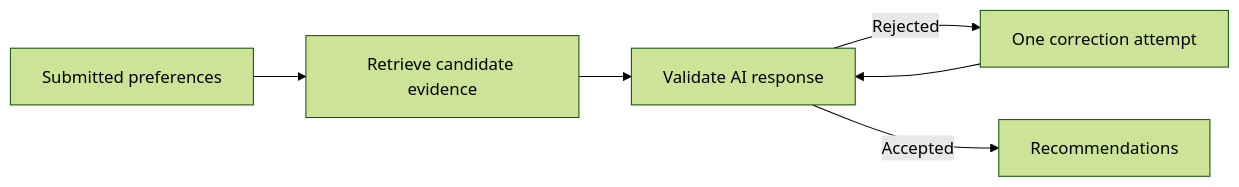
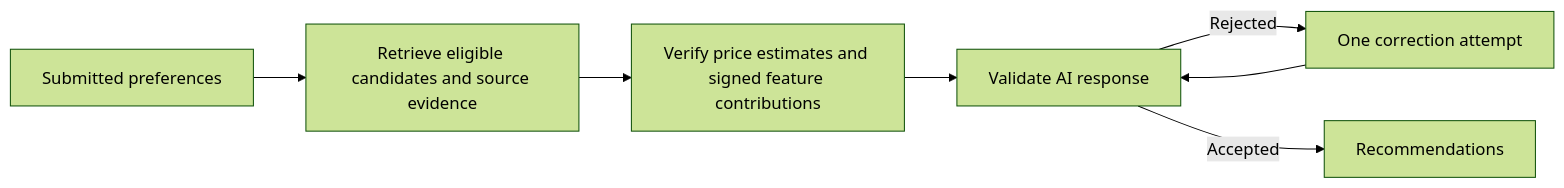
Before and after one commit to danielrdgez/DataScience_Capstone_Cars: the tenth of 10 diagrams in README.md, drawn with Mermaid (forest theme). The commit also changed other lines of this file and 19 other files, not shown here.

````diff
--- a/README.md
+++ b/README.md
@@ -383,8 +388,9 @@
 ```mermaid
 flowchart LR
-  R[Submitted preferences] --> E[Retrieve candidate evidence]
-  E --> V[Validate AI response]
+  R[Submitted preferences] --> E[Retrieve eligible candidates and source evidence]
+  E --> P[Verify price estimates and signed feature contributions]
+  P --> V[Validate AI response]
   V -->|Rejected| C[One correction attempt]
   C --> V
   V -->|Accepted| A[Recommendations]
 ```
````
